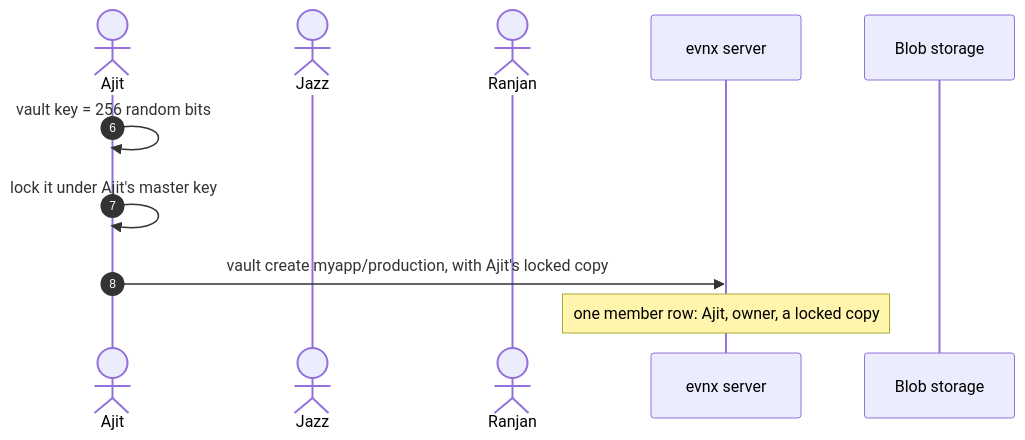
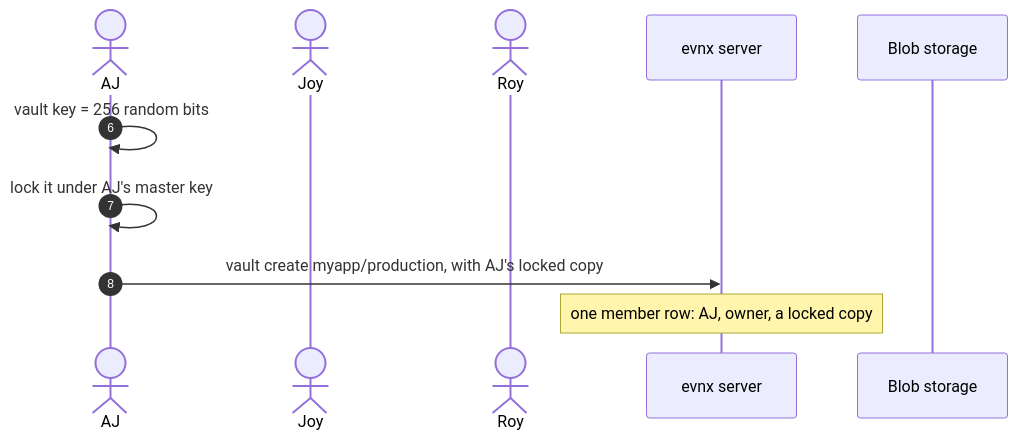
The third of 10 diagrams in packages/docs-content/guides/reference/how-vault-sharing-works.mdx (urwithajit9/evnx-web), drawn with Mermaid before and after one commit. The commit also changed other lines of this file and 1 other file, not shown here.

First line of the commit message:
docs: vault-sharing guide — AJ, Joy and Roy, with job roles

````diff
--- a/packages/docs-content/guides/reference/how-vault-sharing-works.mdx
+++ b/packages/docs-content/guides/reference/how-vault-sharing-works.mdx
@@ -167,13 +167,13 @@
 ```mermaid
 sequenceDiagram
     autonumber 6
-    actor A as Ajit
-    actor J as Jazz
-    actor R as Ranjan
+    actor A as AJ
+    actor J as Joy
+    actor R as Roy
     participant S as evnx server
     participant B as Blob storage
     A->>A: vault key = 256 random bits
-    A->>A: lock it under Ajit's master key
-    A->>S: vault create myapp/production, with Ajit's locked copy
-    Note over S: one member row: Ajit, owner, a locked copy
+    A->>A: lock it under AJ's master key
+    A->>S: vault create myapp/production, with AJ's locked copy
+    Note over S: one member row: AJ, owner, a locked copy
 ```
````
